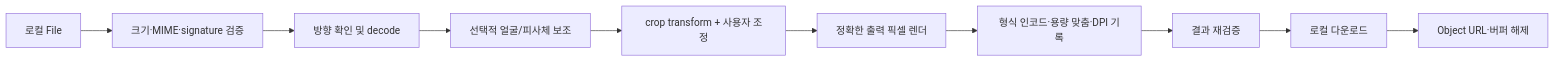
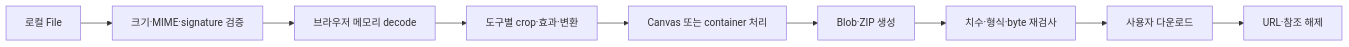
Before and after one commit to DUBEEUBBEE/pixelfit: the diagram in docs/ARCHITECTURE.md, drawn with Mermaid. The commit also changed other lines of this file and 167 other files, not shown here.

````diff
--- a/docs/ARCHITECTURE.md
+++ b/docs/ARCHITECTURE.md
@@ -61,12 +93,11 @@
 ```mermaid
 flowchart LR
   A["로컬 File"] --> B["크기·MIME·signature 검증"]
-  B --> C["방향 확인 및 decode"]
-  C --> D["선택적 얼굴/피사체 보조"]
-  D --> E["crop transform + 사용자 조정"]
-  E --> F["정확한 출력 픽셀 렌더"]
-  F --> G["형식 인코드·용량 맞춤·DPI 기록"]
-  G --> H["결과 재검증"]
-  H --> I["로컬 다운로드"]
-  I --> J["Object URL·버퍼 해제"]
+  B --> C["브라우저 메모리 decode"]
+  C --> D["도구별 crop·효과·변환"]
+  D --> E["Canvas 또는 container 처리"]
+  E --> F["Blob·ZIP 생성"]
+  F --> G["치수·형식·byte 재검사"]
+  G --> H["사용자 다운로드"]
+  H --> I["URL·참조 해제"]
 ```
````
